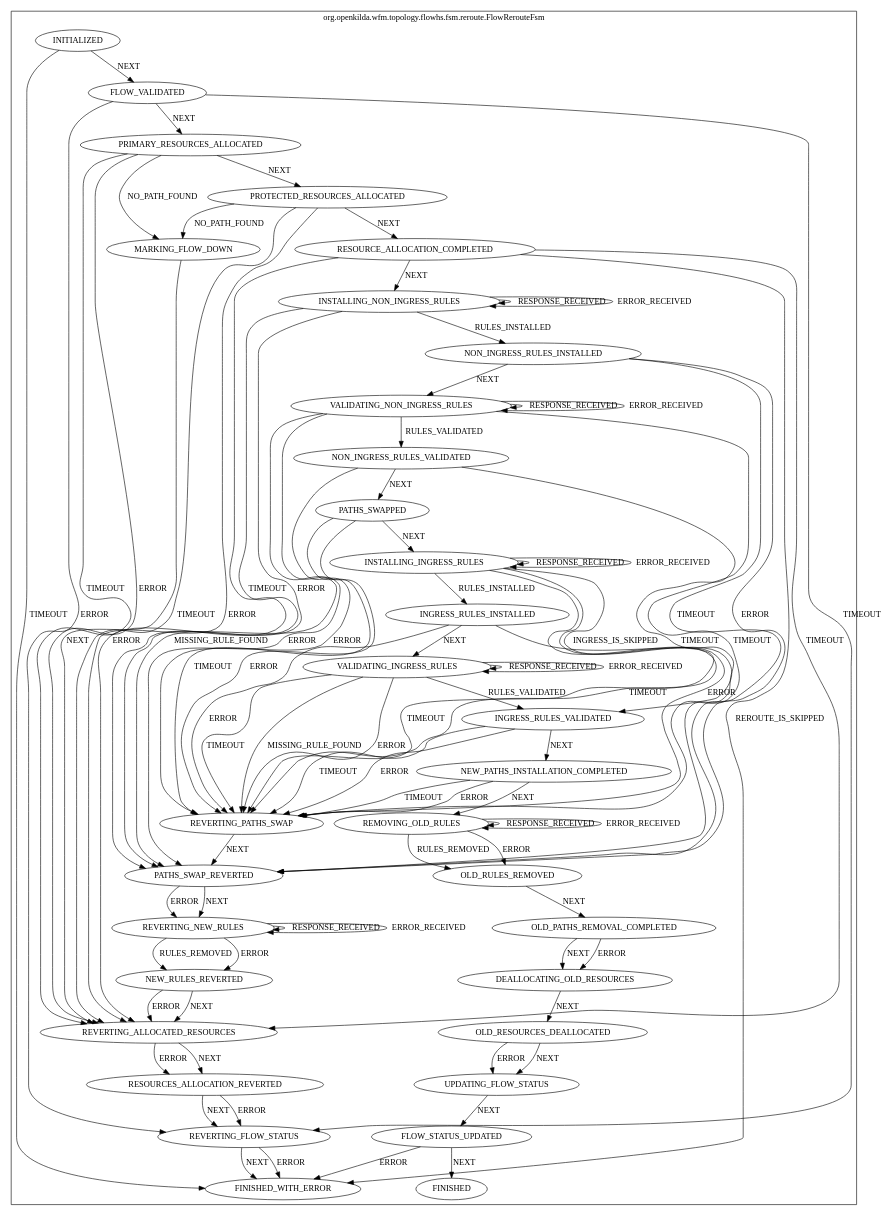
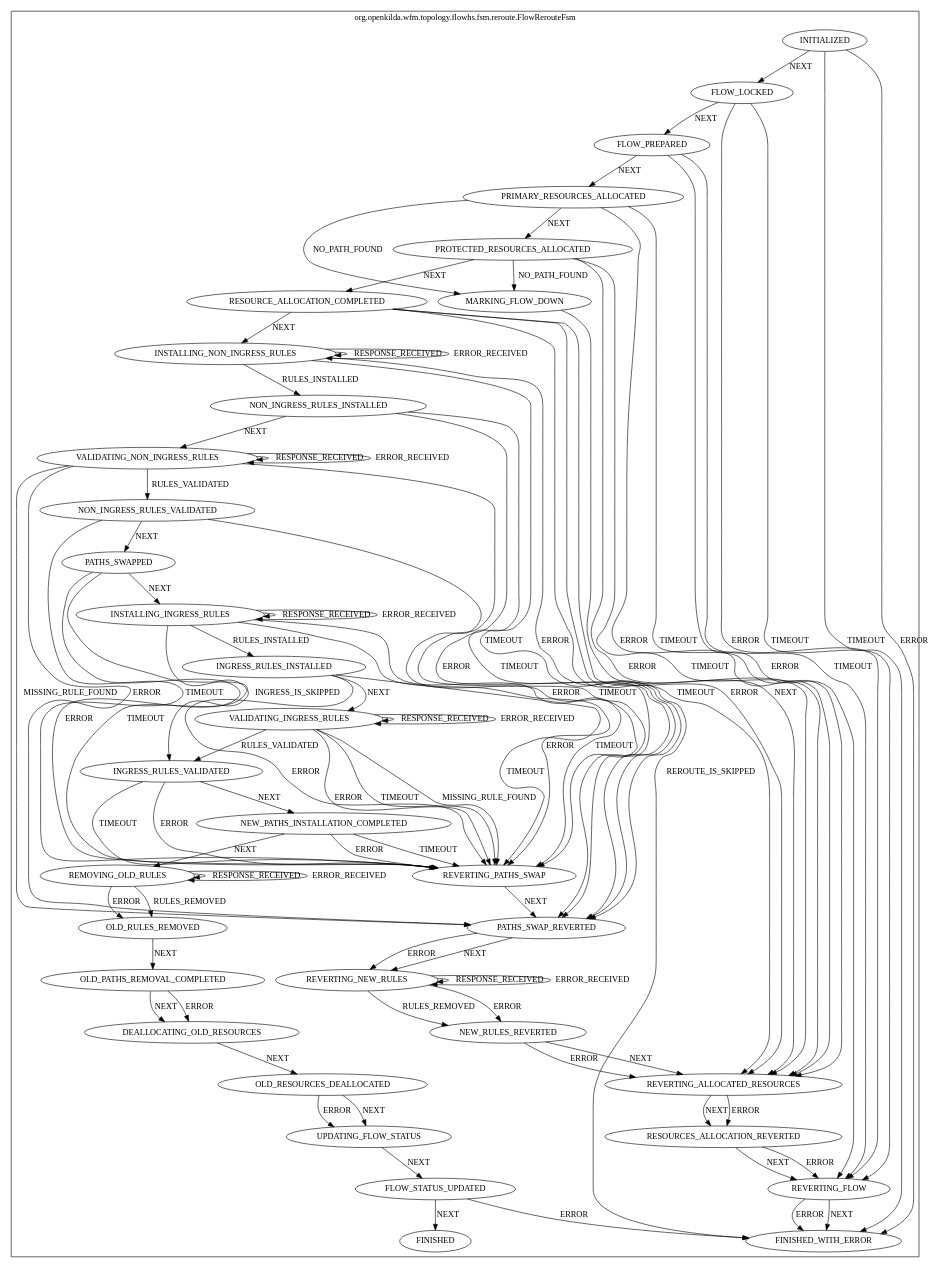
The diagram in docs/design/hub-and-spoke/reroute/flow-reroute-fsm.dot (telstra/open-kilda), drawn with Graphviz before and after one commit. The commit also changed 39 other files, not shown here.

First line of the commit message:
Rework approach used in flow CRUD APIv2 to store transitional data

```diff
--- a/docs/design/hub-and-spoke/reroute/flow-reroute-fsm.dot
+++ b/docs/design/hub-and-spoke/reroute/flow-reroute-fsm.dot
@@ -1,124 +1,129 @@
 digraph {
 compound=true;
 subgraph cluster_StateMachine {
 label="org.openkilda.wfm.topology.flowhs.fsm.reroute.FlowRerouteFsm";
 INSTALLING_NON_INGRESS_RULES [label="INSTALLING_NON_INGRESS_RULES"];
 INGRESS_RULES_VALIDATED [label="INGRESS_RULES_VALIDATED"];
 DEALLOCATING_OLD_RESOURCES [label="DEALLOCATING_OLD_RESOURCES"];
 INSTALLING_INGRESS_RULES [label="INSTALLING_INGRESS_RULES"];
 VALIDATING_INGRESS_RULES [label="VALIDATING_INGRESS_RULES"];
 FINISHED_WITH_ERROR [label="FINISHED_WITH_ERROR"];
 INGRESS_RULES_INSTALLED [label="INGRESS_RULES_INSTALLED"];
 FINISHED [label="FINISHED"];
 INITIALIZED [label="INITIALIZED"];
-REVERTING_FLOW_STATUS [label="REVERTING_FLOW_STATUS"];
+REVERTING_FLOW [label="REVERTING_FLOW"];
 OLD_PATHS_REMOVAL_COMPLETED [label="OLD_PATHS_REMOVAL_COMPLETED"];
-FLOW_VALIDATED [label="FLOW_VALIDATED"];
+FLOW_LOCKED [label="FLOW_LOCKED"];
+FLOW_PREPARED [label="FLOW_PREPARED"];
 NEW_PATHS_INSTALLATION_COMPLETED [label="NEW_PATHS_INSTALLATION_COMPLETED"];
 NON_INGRESS_RULES_VALIDATED [label="NON_INGRESS_RULES_VALIDATED"];
 NEW_RULES_REVERTED [label="NEW_RULES_REVERTED"];
 RESOURCE_ALLOCATION_COMPLETED [label="RESOURCE_ALLOCATION_COMPLETED"];
 NON_INGRESS_RULES_INSTALLED [label="NON_INGRESS_RULES_INSTALLED"];
 UPDATING_FLOW_STATUS [label="UPDATING_FLOW_STATUS"];
 RESOURCES_ALLOCATION_REVERTED [label="RESOURCES_ALLOCATION_REVERTED"];
 PATHS_SWAPPED [label="PATHS_SWAPPED"];
 OLD_RESOURCES_DEALLOCATED [label="OLD_RESOURCES_DEALLOCATED"];
 FLOW_STATUS_UPDATED [label="FLOW_STATUS_UPDATED"];
 MARKING_FLOW_DOWN [label="MARKING_FLOW_DOWN"];
 PROTECTED_RESOURCES_ALLOCATED [label="PROTECTED_RESOURCES_ALLOCATED"];
 REVERTING_ALLOCATED_RESOURCES [label="REVERTING_ALLOCATED_RESOURCES"];
 VALIDATING_NON_INGRESS_RULES [label="VALIDATING_NON_INGRESS_RULES"];
 REVERTING_PATHS_SWAP [label="REVERTING_PATHS_SWAP"];
 OLD_RULES_REMOVED [label="OLD_RULES_REMOVED"];
 REVERTING_NEW_RULES [label="REVERTING_NEW_RULES"];
 REMOVING_OLD_RULES [label="REMOVING_OLD_RULES"];
 PATHS_SWAP_REVERTED [label="PATHS_SWAP_REVERTED"];
 PRIMARY_RESOURCES_ALLOCATED [label="PRIMARY_RESOURCES_ALLOCATED"];
 
 INSTALLING_NON_INGRESS_RULES -> INSTALLING_NON_INGRESS_RULES [ label="RESPONSE_RECEIVED"];
 INSTALLING_NON_INGRESS_RULES -> INSTALLING_NON_INGRESS_RULES [ label="ERROR_RECEIVED"];
 INSTALLING_NON_INGRESS_RULES -> NON_INGRESS_RULES_INSTALLED [ label="RULES_INSTALLED"];
 INSTALLING_NON_INGRESS_RULES -> PATHS_SWAP_REVERTED [ label="TIMEOUT"];
 INSTALLING_NON_INGRESS_RULES -> PATHS_SWAP_REVERTED [ label="ERROR"];
 INGRESS_RULES_VALIDATED -> NEW_PATHS_INSTALLATION_COMPLETED [ label="NEXT"];
 INGRESS_RULES_VALIDATED -> REVERTING_PATHS_SWAP [ label="TIMEOUT"];
 INGRESS_RULES_VALIDATED -> REVERTING_PATHS_SWAP [ label="ERROR"];
 DEALLOCATING_OLD_RESOURCES -> OLD_RESOURCES_DEALLOCATED [ label="NEXT"];
 INSTALLING_INGRESS_RULES -> INSTALLING_INGRESS_RULES [ label="RESPONSE_RECEIVED"];
 INSTALLING_INGRESS_RULES -> INSTALLING_INGRESS_RULES [ label="ERROR_RECEIVED"];
 INSTALLING_INGRESS_RULES -> INGRESS_RULES_INSTALLED [ label="RULES_INSTALLED"];
 INSTALLING_INGRESS_RULES -> INGRESS_RULES_VALIDATED [ label="INGRESS_IS_SKIPPED"];
 INSTALLING_INGRESS_RULES -> REVERTING_PATHS_SWAP [ label="TIMEOUT"];
 INSTALLING_INGRESS_RULES -> REVERTING_PATHS_SWAP [ label="ERROR"];
 VALIDATING_INGRESS_RULES -> VALIDATING_INGRESS_RULES [ label="RESPONSE_RECEIVED"];
 VALIDATING_INGRESS_RULES -> VALIDATING_INGRESS_RULES [ label="ERROR_RECEIVED"];
 VALIDATING_INGRESS_RULES -> INGRESS_RULES_VALIDATED [ label="RULES_VALIDATED"];
 VALIDATING_INGRESS_RULES -> REVERTING_PATHS_SWAP [ label="TIMEOUT"];
 VALIDATING_INGRESS_RULES -> REVERTING_PATHS_SWAP [ label="MISSING_RULE_FOUND"];
 VALIDATING_INGRESS_RULES -> REVERTING_PATHS_SWAP [ label="ERROR"];
 INGRESS_RULES_INSTALLED -> VALIDATING_INGRESS_RULES [ label="NEXT"];
 INGRESS_RULES_INSTALLED -> REVERTING_PATHS_SWAP [ label="TIMEOUT"];
 INGRESS_RULES_INSTALLED -> REVERTING_PATHS_SWAP [ label="ERROR"];
-INITIALIZED -> FLOW_VALIDATED [ label="NEXT"];
+INITIALIZED -> FLOW_LOCKED [ label="NEXT"];
+INITIALIZED -> FINISHED_WITH_ERROR [ label="ERROR"];
 INITIALIZED -> FINISHED_WITH_ERROR [ label="TIMEOUT"];
-REVERTING_FLOW_STATUS -> FINISHED_WITH_ERROR [ label="NEXT"];
-REVERTING_FLOW_STATUS -> FINISHED_WITH_ERROR [ label="ERROR"];
+FLOW_LOCKED -> FLOW_PREPARED [ label="NEXT" ]
+FLOW_LOCKED -> REVERTING_FLOW [ label="TIMEOUT"];
+FLOW_LOCKED -> REVERTING_FLOW [ label="ERROR"];
+REVERTING_FLOW -> FINISHED_WITH_ERROR [ label="NEXT"];
+REVERTING_FLOW -> FINISHED_WITH_ERROR [ label="ERROR"];
 OLD_PATHS_REMOVAL_COMPLETED -> DEALLOCATING_OLD_RESOURCES [ label="NEXT"];
 OLD_PATHS_REMOVAL_COMPLETED -> DEALLOCATING_OLD_RESOURCES [ label="ERROR"];
-FLOW_VALIDATED -> PRIMARY_RESOURCES_ALLOCATED [ label="NEXT"];
-FLOW_VALIDATED -> REVERTING_FLOW_STATUS [ label="TIMEOUT"];
-FLOW_VALIDATED -> REVERTING_FLOW_STATUS [ label="ERROR"];
+FLOW_PREPARED -> PRIMARY_RESOURCES_ALLOCATED [ label="NEXT"];
+FLOW_PREPARED -> REVERTING_FLOW [ label="TIMEOUT"];
+FLOW_PREPARED -> REVERTING_FLOW [ label="ERROR"];
 NEW_PATHS_INSTALLATION_COMPLETED -> REMOVING_OLD_RULES [ label="NEXT"];
 NEW_PATHS_INSTALLATION_COMPLETED -> REVERTING_PATHS_SWAP [ label="TIMEOUT"];
 NEW_PATHS_INSTALLATION_COMPLETED -> REVERTING_PATHS_SWAP [ label="ERROR"];
 NON_INGRESS_RULES_VALIDATED -> PATHS_SWAPPED [ label="NEXT"];
 NON_INGRESS_RULES_VALIDATED -> REVERTING_PATHS_SWAP [ label="TIMEOUT"];
 NON_INGRESS_RULES_VALIDATED -> REVERTING_PATHS_SWAP [ label="ERROR"];
 NEW_RULES_REVERTED -> REVERTING_ALLOCATED_RESOURCES [ label="NEXT"];
 NEW_RULES_REVERTED -> REVERTING_ALLOCATED_RESOURCES [ label="ERROR"];
 RESOURCE_ALLOCATION_COMPLETED -> INSTALLING_NON_INGRESS_RULES [ label="NEXT"];
 RESOURCE_ALLOCATION_COMPLETED -> FINISHED_WITH_ERROR [ label="REROUTE_IS_SKIPPED"];
 RESOURCE_ALLOCATION_COMPLETED -> REVERTING_ALLOCATED_RESOURCES [ label="TIMEOUT"];
 RESOURCE_ALLOCATION_COMPLETED -> REVERTING_ALLOCATED_RESOURCES [ label="ERROR"];
 NON_INGRESS_RULES_INSTALLED -> VALIDATING_NON_INGRESS_RULES [ label="NEXT"];
 NON_INGRESS_RULES_INSTALLED -> PATHS_SWAP_REVERTED [ label="TIMEOUT"];
 NON_INGRESS_RULES_INSTALLED -> PATHS_SWAP_REVERTED [ label="ERROR"];
 UPDATING_FLOW_STATUS -> FLOW_STATUS_UPDATED [ label="NEXT"];
-RESOURCES_ALLOCATION_REVERTED -> REVERTING_FLOW_STATUS [ label="NEXT"];
-RESOURCES_ALLOCATION_REVERTED -> REVERTING_FLOW_STATUS [ label="ERROR"];
+RESOURCES_ALLOCATION_REVERTED -> REVERTING_FLOW [ label="NEXT"];
+RESOURCES_ALLOCATION_REVERTED -> REVERTING_FLOW [ label="ERROR"];
 PATHS_SWAPPED -> INSTALLING_INGRESS_RULES [ label="NEXT"];
 PATHS_SWAPPED -> REVERTING_PATHS_SWAP [ label="TIMEOUT"];
 PATHS_SWAPPED -> REVERTING_PATHS_SWAP [ label="ERROR"];
 OLD_RESOURCES_DEALLOCATED -> UPDATING_FLOW_STATUS [ label="NEXT"];
 OLD_RESOURCES_DEALLOCATED -> UPDATING_FLOW_STATUS [ label="ERROR"];
 FLOW_STATUS_UPDATED -> FINISHED [ label="NEXT"];
 FLOW_STATUS_UPDATED -> FINISHED_WITH_ERROR [ label="ERROR"];
 MARKING_FLOW_DOWN -> REVERTING_ALLOCATED_RESOURCES [ label="NEXT"];
 PROTECTED_RESOURCES_ALLOCATED -> RESOURCE_ALLOCATION_COMPLETED [ label="NEXT"];
 PROTECTED_RESOURCES_ALLOCATED -> MARKING_FLOW_DOWN [ label="NO_PATH_FOUND"];
 PROTECTED_RESOURCES_ALLOCATED -> REVERTING_ALLOCATED_RESOURCES [ label="TIMEOUT"];
 PROTECTED_RESOURCES_ALLOCATED -> REVERTING_ALLOCATED_RESOURCES [ label="ERROR"];
 REVERTING_ALLOCATED_RESOURCES -> RESOURCES_ALLOCATION_REVERTED [ label="NEXT"];
 REVERTING_ALLOCATED_RESOURCES -> RESOURCES_ALLOCATION_REVERTED [ label="ERROR"];
 VALIDATING_NON_INGRESS_RULES -> VALIDATING_NON_INGRESS_RULES [ label="RESPONSE_RECEIVED"];
 VALIDATING_NON_INGRESS_RULES -> VALIDATING_NON_INGRESS_RULES [ label="ERROR_RECEIVED"];
 VALIDATING_NON_INGRESS_RULES -> NON_INGRESS_RULES_VALIDATED [ label="RULES_VALIDATED"];
 VALIDATING_NON_INGRESS_RULES -> PATHS_SWAP_REVERTED [ label="TIMEOUT"];
 VALIDATING_NON_INGRESS_RULES -> PATHS_SWAP_REVERTED [ label="MISSING_RULE_FOUND"];
 VALIDATING_NON_INGRESS_RULES -> PATHS_SWAP_REVERTED [ label="ERROR"];
 REVERTING_PATHS_SWAP -> PATHS_SWAP_REVERTED [ label="NEXT"];
 OLD_RULES_REMOVED -> OLD_PATHS_REMOVAL_COMPLETED [ label="NEXT"];
 REVERTING_NEW_RULES -> REVERTING_NEW_RULES [ label="RESPONSE_RECEIVED"];
 REVERTING_NEW_RULES -> REVERTING_NEW_RULES [ label="ERROR_RECEIVED"];
 REVERTING_NEW_RULES -> NEW_RULES_REVERTED [ label="RULES_REMOVED"];
 REVERTING_NEW_RULES -> NEW_RULES_REVERTED [ label="ERROR"];
 REMOVING_OLD_RULES -> REMOVING_OLD_RULES [ label="RESPONSE_RECEIVED"];
 REMOVING_OLD_RULES -> REMOVING_OLD_RULES [ label="ERROR_RECEIVED"];
 REMOVING_OLD_RULES -> OLD_RULES_REMOVED [ label="RULES_REMOVED"];
 REMOVING_OLD_RULES -> OLD_RULES_REMOVED [ label="ERROR"];
 PATHS_SWAP_REVERTED -> REVERTING_NEW_RULES [ label="NEXT"];
 PATHS_SWAP_REVERTED -> REVERTING_NEW_RULES [ label="ERROR"];
 PRIMARY_RESOURCES_ALLOCATED -> PROTECTED_RESOURCES_ALLOCATED [ label="NEXT"];
 PRIMARY_RESOURCES_ALLOCATED -> MARKING_FLOW_DOWN [ label="NO_PATH_FOUND"];
 PRIMARY_RESOURCES_ALLOCATED -> REVERTING_ALLOCATED_RESOURCES [ label="TIMEOUT"];
 PRIMARY_RESOURCES_ALLOCATED -> REVERTING_ALLOCATED_RESOURCES [ label="ERROR"];}}
```
